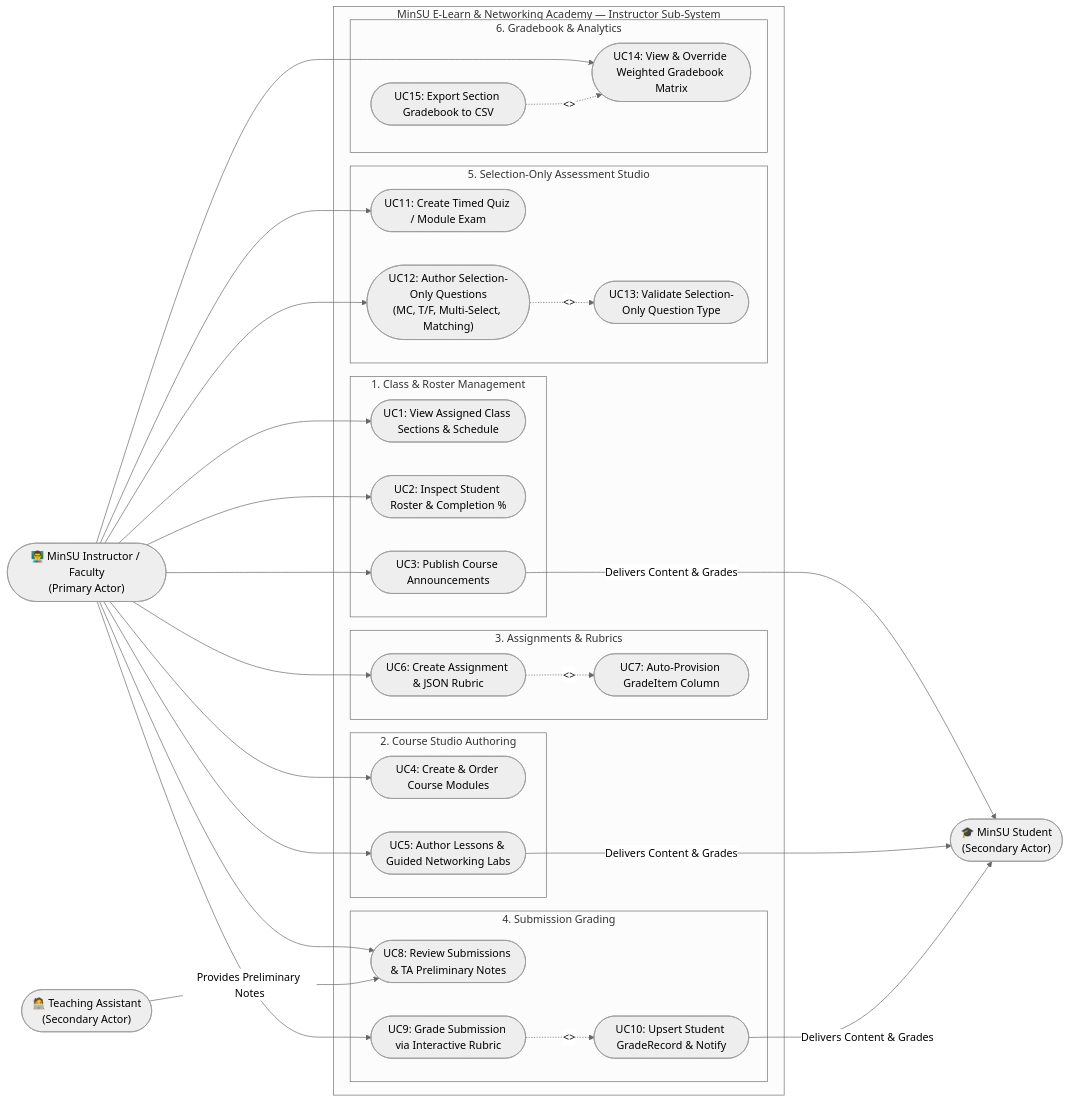
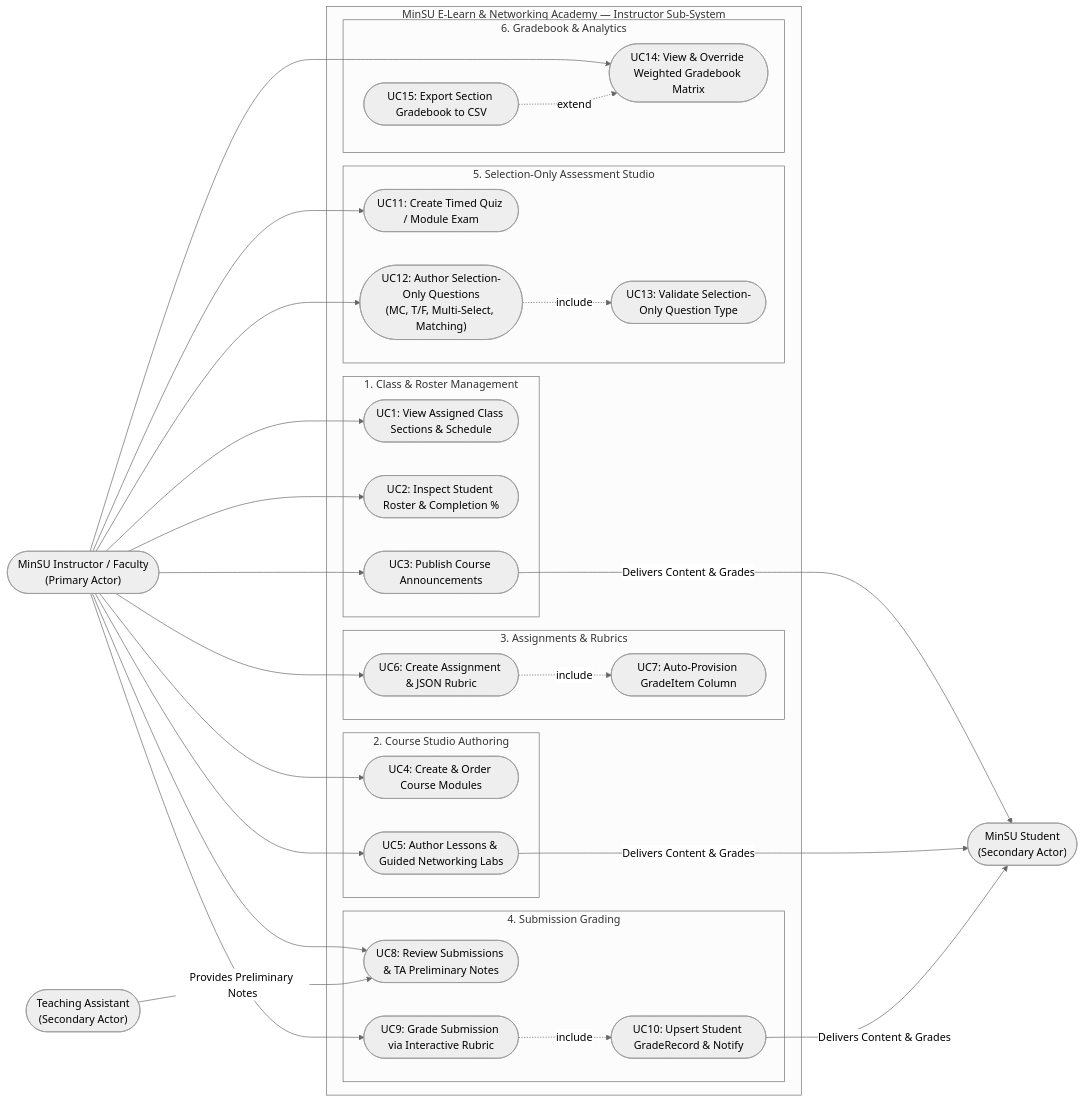
The tenth of 17 diagrams in INSTRUCTOR_SYSTEM_MODELING_DIAGRAMS.md (Leonard11223/INSTRUCTOR-), drawn with Mermaid (neutral theme) before and after one commit. The commit also changed other lines of this file, not shown here.

Commit message:
Add complete Instructor system modeling diagrams — all 8 structural + 9 behavioral diagrams (MinSU E-Learn & Networking Academy)

````diff
--- a/INSTRUCTOR_SYSTEM_MODELING_DIAGRAMS.md
+++ b/INSTRUCTOR_SYSTEM_MODELING_DIAGRAMS.md
@@ -741,55 +546,55 @@
 ```mermaid
 flowchart LR
-    Instructor(["👨‍🏫 MinSU Instructor / Faculty<br/>(Primary Actor)"])
-    TA(["🧑‍💻 Teaching Assistant<br/>(Secondary Actor)"])
-    Student(["🎓 MinSU Student<br/>(Secondary Actor)"])
+    Instructor(["MinSU Instructor / Faculty\n(Primary Actor)"])
+    TA(["Teaching Assistant\n(Secondary Actor)"])
+    Student(["MinSU Student\n(Secondary Actor)"])
 
     subgraph FacultySystem["MinSU E-Learn & Networking Academy — Instructor Sub-System"]
         subgraph Cluster1["1. Class & Roster Management"]
             UC1(["UC1: View Assigned Class Sections & Schedule"])
             UC2(["UC2: Inspect Student Roster & Completion %"])
             UC3(["UC3: Publish Course Announcements"])
         end
 
         subgraph Cluster2["2. Course Studio Authoring"]
             UC4(["UC4: Create & Order Course Modules"])
             UC5(["UC5: Author Lessons & Guided Networking Labs"])
         end
 
         subgraph Cluster3["3. Assignments & Rubrics"]
             UC6(["UC6: Create Assignment & JSON Rubric"])
             UC7(["UC7: Auto-Provision GradeItem Column"])
         end
 
         subgraph Cluster4["4. Submission Grading"]
             UC8(["UC8: Review Submissions & TA Preliminary Notes"])
             UC9(["UC9: Grade Submission via Interactive Rubric"])
             UC10(["UC10: Upsert Student GradeRecord & Notify"])
         end
 
         subgraph Cluster5["5. Selection-Only Assessment Studio"]
             UC11(["UC11: Create Timed Quiz / Module Exam"])
-            UC12(["UC12: Author Selection-Only Questions<br/>(MC, T/F, Multi-Select, Matching)"])
+            UC12(["UC12: Author Selection-Only Questions\n(MC, T/F, Multi-Select, Matching)"])
             UC13(["UC13: Validate Selection-Only Question Type"])
         end
 
         subgraph Cluster6["6. Gradebook & Analytics"]
             UC14(["UC14: View & Override Weighted Gradebook Matrix"])
             UC15(["UC15: Export Section Gradebook to CSV"])
         end
     end
 
     Instructor --> UC1 & UC2 & UC3
     Instructor --> UC4 & UC5
     Instructor --> UC6
-    UC6 -.->|"<<include>>"| UC7
+    UC6 -.->|"include"| UC7
     Instructor --> UC8 & UC9
-    UC9 -.->|"<<include>>"| UC10
+    UC9 -.->|"include"| UC10
     Instructor --> UC11 & UC12
-    UC12 -.->|"<<include>>"| UC13
+    UC12 -.->|"include"| UC13
     Instructor --> UC14
-    UC15 -.->|"<<extend>>"| UC14
+    UC15 -.->|"extend"| UC14
 
     TA -->|"Provides Preliminary Notes"| UC8
     UC3 & UC5 & UC10 -->|"Delivers Content & Grades"| Student
 ```
````
